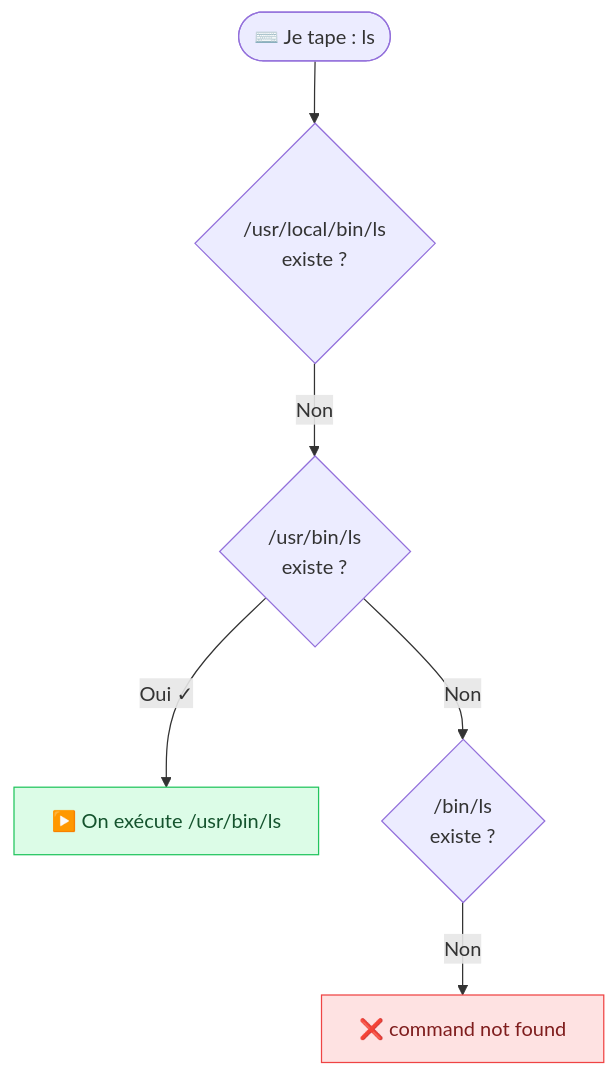
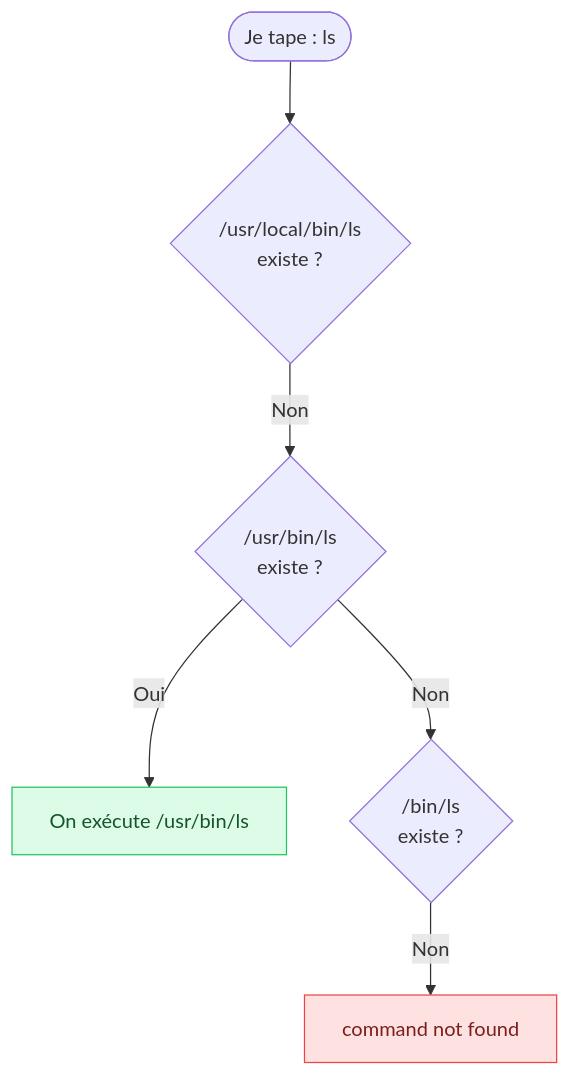
One commit to GoobyWoobies/HEIA-IT changed the second of 3 diagrams in methodologie-securite-it/linux/06-variables-environnement.md. Above: the diagram before and after it, drawn with Mermaid. The commit also changed other lines of this file and 24 other files, not shown here.

````diff
--- a/methodologie-securite-it/linux/06-variables-environnement.md
+++ b/methodologie-securite-it/linux/06-variables-environnement.md
@@ -109,11 +109,11 @@
 ```mermaid
 flowchart TD
-    T(["⌨️ Je tape : ls"]) --> A{"/usr/local/bin/ls<br/>existe ?"}
+    T(["Je tape : ls"]) --> A{"/usr/local/bin/ls<br/>existe ?"}
     A -->|Non| B{"/usr/bin/ls<br/>existe ?"}
-    B -->|"Oui ✓"| RUN["▶️ On exécute /usr/bin/ls"]
+    B -->|"Oui"| RUN["On exécute /usr/bin/ls"]
     B -->|Non| C{"/bin/ls<br/>existe ?"}
-    C -->|Non| ERR["❌ command not found"]
+    C -->|Non| ERR["command not found"]
 
     style RUN fill:#dcfce7,stroke:#22c55e,color:#14532d
     style ERR fill:#fee2e2,stroke:#ef4444,color:#7f1d1d
 ```
````
